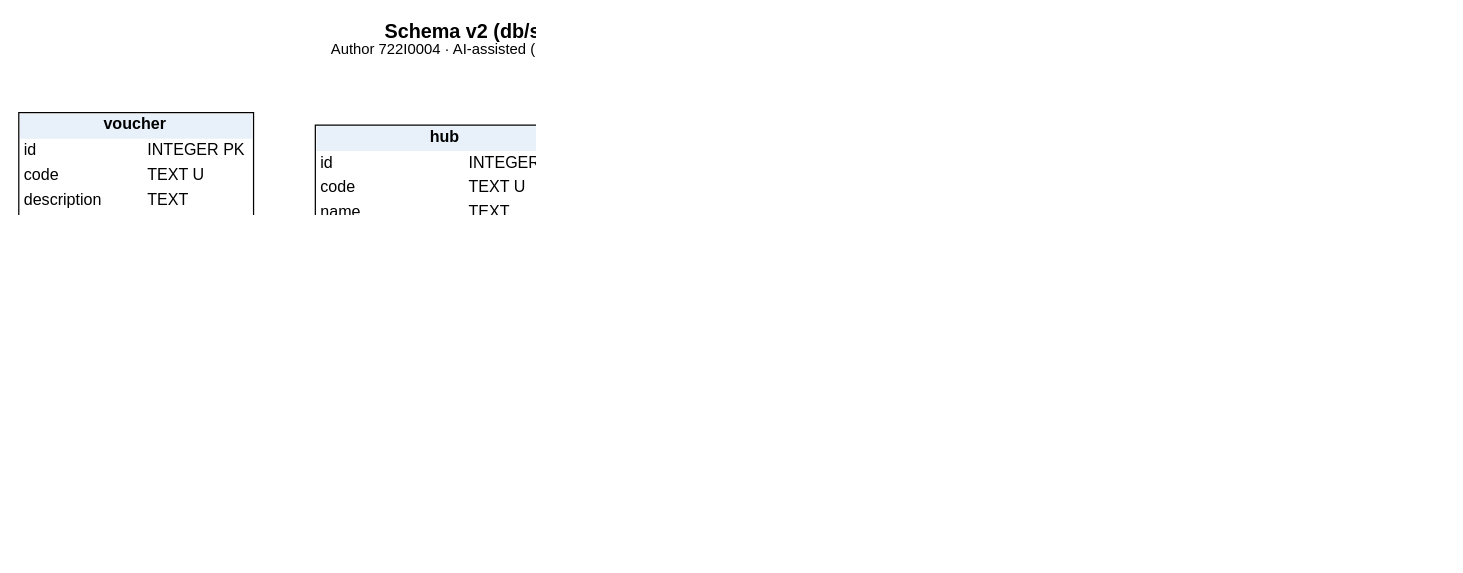
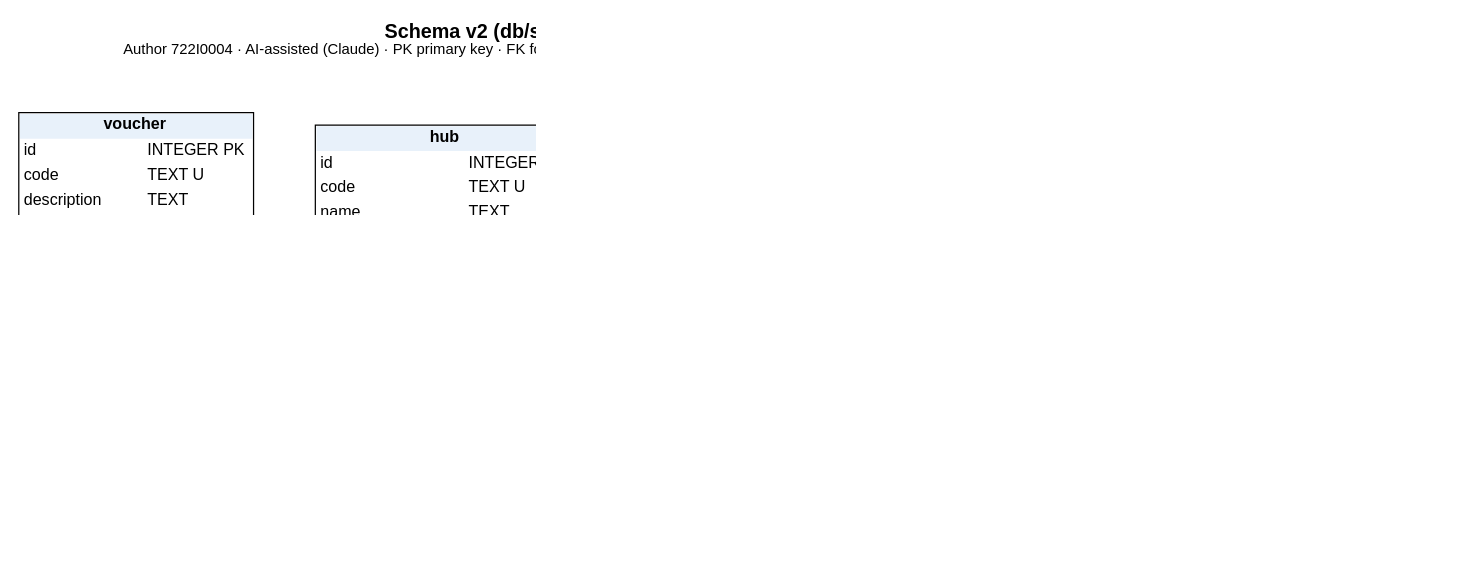
The diagram in models/shared/erd_final_PartA.dot (Dat071104/SaigonBite), drawn with Graphviz before and after one commit. The commit also changed 329 other files, not shown here.

```diff
--- a/models/shared/erd_final_PartA.dot
+++ b/models/shared/erd_final_PartA.dot
@@ -1,20 +1,20 @@
 digraph ERD {
 graph [rankdir=LR, nodesep=0.3, ranksep=0.7, fontname="Arial", fontsize=16, pad=0.2, dpi=200, labelloc="t",
- label=<<B>Schema v2 (db/schema.sql) — part A: People, hubs, catalogue and vouchers</B><BR/><FONT POINT-SIZE="12">Author 722I0004 · AI-assisted (Claude) · PK primary key · FK foreign key · U unique · ? nullable · bar = one, crow's foot = many</FONT>>];
+ label=<<B>Schema v2 (db/schema.sql) — part A: People, hubs, catalogue and vouchers</B><BR/><FONT POINT-SIZE="12">Author 722I0004 · AI-assisted (Claude) · PK primary key · FK foreign key · U unique · ? nullable · relationship ends: || exactly one · |o zero or one · o&lt; zero or many (also written as 1, 0..1, 0..*)</FONT>>];
 node [shape=plain, fontname="Arial", fontsize=13];
 edge [color="#40505F", penwidth=1.2];
 "user_account" [label=<<TABLE BORDER="1" CELLBORDER="0" CELLSPACING="0" CELLPADDING="3" BGCOLOR="white"><TR><TD BGCOLOR="#E8F1FA" COLSPAN="2"><B>user_account</B></TD></TR><TR><TD ALIGN="LEFT" PORT="created_at">created_at</TD><TD ALIGN="LEFT">TEXT </TD></TR><TR><TD ALIGN="LEFT" PORT="id">id</TD><TD ALIGN="LEFT">INTEGER PK</TD></TR><TR><TD ALIGN="LEFT" PORT="username">username</TD><TD ALIGN="LEFT">TEXT U</TD></TR><TR><TD ALIGN="LEFT" PORT="password_hash">password_hash</TD><TD ALIGN="LEFT">TEXT </TD></TR><TR><TD ALIGN="LEFT" PORT="display_name">display_name</TD><TD ALIGN="LEFT">TEXT </TD></TR><TR><TD ALIGN="LEFT" PORT="role">role</TD><TD ALIGN="LEFT">TEXT </TD></TR><TR><TD ALIGN="LEFT" PORT="hub_id">hub_id ?</TD><TD ALIGN="LEFT">INTEGER FK</TD></TR><TR><TD ALIGN="LEFT" PORT="is_active">is_active</TD><TD ALIGN="LEFT">INTEGER </TD></TR></TABLE>>];
 "customer" [label=<<TABLE BORDER="1" CELLBORDER="0" CELLSPACING="0" CELLPADDING="3" BGCOLOR="white"><TR><TD BGCOLOR="#E8F1FA" COLSPAN="2"><B>customer</B></TD></TR><TR><TD ALIGN="LEFT" PORT="id">id</TD><TD ALIGN="LEFT">INTEGER PK</TD></TR><TR><TD ALIGN="LEFT" PORT="user_id">user_id</TD><TD ALIGN="LEFT">INTEGER FK U</TD></TR><TR><TD ALIGN="LEFT" PORT="full_name">full_name</TD><TD ALIGN="LEFT">TEXT </TD></TR><TR><TD ALIGN="LEFT" PORT="customer_type">customer_type</TD><TD ALIGN="LEFT">TEXT </TD></TR><TR><TD ALIGN="LEFT" PORT="phone">phone ?</TD><TD ALIGN="LEFT">TEXT </TD></TR><TR><TD ALIGN="LEFT" PORT="email">email ?</TD><TD ALIGN="LEFT">TEXT </TD></TR><TR><TD ALIGN="LEFT" PORT="passport_no">passport_no ?</TD><TD ALIGN="LEFT">TEXT </TD></TR><TR><TD ALIGN="LEFT" PORT="nationality">nationality ?</TD><TD ALIGN="LEFT">TEXT </TD></TR></TABLE>>];
 "address" [label=<<TABLE BORDER="1" CELLBORDER="0" CELLSPACING="0" CELLPADDING="3" BGCOLOR="white"><TR><TD BGCOLOR="#E8F1FA" COLSPAN="2"><B>address</B></TD></TR><TR><TD ALIGN="LEFT" PORT="id">id</TD><TD ALIGN="LEFT">INTEGER PK</TD></TR><TR><TD ALIGN="LEFT" PORT="customer_id">customer_id</TD><TD ALIGN="LEFT">INTEGER FK</TD></TR><TR><TD ALIGN="LEFT" PORT="label">label</TD><TD ALIGN="LEFT">TEXT </TD></TR><TR><TD ALIGN="LEFT" PORT="full_address">full_address</TD><TD ALIGN="LEFT">TEXT </TD></TR><TR><TD ALIGN="LEFT" PORT="district">district</TD><TD ALIGN="LEFT">TEXT </TD></TR><TR><TD ALIGN="LEFT" PORT="latitude">latitude</TD><TD ALIGN="LEFT">REAL </TD></TR><TR><TD ALIGN="LEFT" PORT="longitude">longitude</TD><TD ALIGN="LEFT">REAL </TD></TR><TR><TD ALIGN="LEFT" PORT="archived_at">archived_at ?</TD><TD ALIGN="LEFT">TEXT </TD></TR></TABLE>>];
 "hub" [label=<<TABLE BORDER="1" CELLBORDER="0" CELLSPACING="0" CELLPADDING="3" BGCOLOR="white"><TR><TD BGCOLOR="#E8F1FA" COLSPAN="2"><B>hub</B></TD></TR><TR><TD ALIGN="LEFT" PORT="id">id</TD><TD ALIGN="LEFT">INTEGER PK</TD></TR><TR><TD ALIGN="LEFT" PORT="code">code</TD><TD ALIGN="LEFT">TEXT U</TD></TR><TR><TD ALIGN="LEFT" PORT="name">name</TD><TD ALIGN="LEFT">TEXT </TD></TR><TR><TD ALIGN="LEFT" PORT="address_text">address_text</TD><TD ALIGN="LEFT">TEXT </TD></TR><TR><TD ALIGN="LEFT" PORT="latitude">latitude</TD><TD ALIGN="LEFT">REAL </TD></TR><TR><TD ALIGN="LEFT" PORT="longitude">longitude</TD><TD ALIGN="LEFT">REAL </TD></TR><TR><TD ALIGN="LEFT" PORT="max_active_orders">max_active_orders</TD><TD ALIGN="LEFT">INTEGER </TD></TR><TR><TD ALIGN="LEFT" PORT="base_delivery_fee">base_delivery_fee</TD><TD ALIGN="LEFT">INTEGER </TD></TR><TR><TD ALIGN="LEFT" PORT="archived_at">archived_at ?</TD><TD ALIGN="LEFT">TEXT </TD></TR></TABLE>>];
 "brand" [label=<<TABLE BORDER="1" CELLBORDER="0" CELLSPACING="0" CELLPADDING="3" BGCOLOR="white"><TR><TD BGCOLOR="#E8F1FA" COLSPAN="2"><B>brand</B></TD></TR><TR><TD ALIGN="LEFT" PORT="id">id</TD><TD ALIGN="LEFT">INTEGER PK</TD></TR><TR><TD ALIGN="LEFT" PORT="name">name</TD><TD ALIGN="LEFT">TEXT U</TD></TR><TR><TD ALIGN="LEFT" PORT="archived_at">archived_at ?</TD><TD ALIGN="LEFT">TEXT </TD></TR></TABLE>>];
 "menu_item" [label=<<TABLE BORDER="1" CELLBORDER="0" CELLSPACING="0" CELLPADDING="3" BGCOLOR="white"><TR><TD BGCOLOR="#E8F1FA" COLSPAN="2"><B>menu_item</B></TD></TR><TR><TD ALIGN="LEFT" PORT="id">id</TD><TD ALIGN="LEFT">INTEGER PK</TD></TR><TR><TD ALIGN="LEFT" PORT="brand_id">brand_id</TD><TD ALIGN="LEFT">INTEGER FK</TD></TR><TR><TD ALIGN="LEFT" PORT="name">name</TD><TD ALIGN="LEFT">TEXT </TD></TR><TR><TD ALIGN="LEFT" PORT="description">description</TD><TD ALIGN="LEFT">TEXT </TD></TR><TR><TD ALIGN="LEFT" PORT="price">price</TD><TD ALIGN="LEFT">INTEGER </TD></TR><TR><TD ALIGN="LEFT" PORT="archived_at">archived_at ?</TD><TD ALIGN="LEFT">TEXT </TD></TR></TABLE>>];
 "hub_menu_item" [label=<<TABLE BORDER="1" CELLBORDER="0" CELLSPACING="0" CELLPADDING="3" BGCOLOR="white"><TR><TD BGCOLOR="#E8F1FA" COLSPAN="2"><B>hub_menu_item</B></TD></TR><TR><TD ALIGN="LEFT" PORT="hub_id">hub_id</TD><TD ALIGN="LEFT">INTEGER PK FK</TD></TR><TR><TD ALIGN="LEFT" PORT="menu_item_id">menu_item_id</TD><TD ALIGN="LEFT">INTEGER PK FK</TD></TR><TR><TD ALIGN="LEFT" PORT="is_available">is_available</TD><TD ALIGN="LEFT">INTEGER </TD></TR></TABLE>>];
 "voucher" [label=<<TABLE BORDER="1" CELLBORDER="0" CELLSPACING="0" CELLPADDING="3" BGCOLOR="white"><TR><TD BGCOLOR="#E8F1FA" COLSPAN="2"><B>voucher</B></TD></TR><TR><TD ALIGN="LEFT" PORT="id">id</TD><TD ALIGN="LEFT">INTEGER PK</TD></TR><TR><TD ALIGN="LEFT" PORT="code">code</TD><TD ALIGN="LEFT">TEXT U</TD></TR><TR><TD ALIGN="LEFT" PORT="description">description</TD><TD ALIGN="LEFT">TEXT </TD></TR><TR><TD ALIGN="LEFT" PORT="discount_type">discount_type</TD><TD ALIGN="LEFT">TEXT </TD></TR><TR><TD ALIGN="LEFT" PORT="discount_value">discount_value</TD><TD ALIGN="LEFT">INTEGER </TD></TR><TR><TD ALIGN="LEFT" PORT="min_subtotal">min_subtotal</TD><TD ALIGN="LEFT">INTEGER </TD></TR><TR><TD ALIGN="LEFT" PORT="max_discount">max_discount ?</TD><TD ALIGN="LEFT">INTEGER </TD></TR><TR><TD ALIGN="LEFT" PORT="valid_from">valid_from</TD><TD ALIGN="LEFT">TEXT </TD></TR><TR><TD ALIGN="LEFT" PORT="valid_until">valid_until</TD><TD ALIGN="LEFT">TEXT </TD></TR><TR><TD ALIGN="LEFT" PORT="archived_at">archived_at ?</TD><TD ALIGN="LEFT">TEXT </TD></TR></TABLE>>];
-"hub" -> "user_account":"hub_id" [arrowhead=crow, arrowtail=tee, dir=both];
-"user_account" -> "customer":"user_id" [arrowhead=tee, arrowtail=tee, dir=both];
-"customer" -> "address":"customer_id" [arrowhead=crow, arrowtail=tee, dir=both];
-"brand" -> "menu_item":"brand_id" [arrowhead=crow, arrowtail=tee, dir=both];
-"menu_item" -> "hub_menu_item":"menu_item_id" [arrowhead=crow, arrowtail=tee, dir=both];
-"hub" -> "hub_menu_item":"hub_id" [arrowhead=crow, arrowtail=tee, dir=both];
+"hub" -> "user_account":"hub_id" [arrowhead=crowodot, arrowtail=teeodot, dir=both, headlabel="0..*", taillabel="0..1", labelfontsize=11, labelfontname=Arial, labeldistance=2.2];
+"user_account" -> "customer":"user_id" [arrowhead=teeodot, arrowtail=teetee, dir=both, headlabel="0..1", taillabel="1", labelfontsize=11, labelfontname=Arial, labeldistance=2.2];
+"customer" -> "address":"customer_id" [arrowhead=crowodot, arrowtail=teetee, dir=both, headlabel="0..*", taillabel="1", labelfontsize=11, labelfontname=Arial, labeldistance=2.2];
+"brand" -> "menu_item":"brand_id" [arrowhead=crowodot, arrowtail=teetee, dir=both, headlabel="0..*", taillabel="1", labelfontsize=11, labelfontname=Arial, labeldistance=2.2];
+"menu_item" -> "hub_menu_item":"menu_item_id" [arrowhead=crowodot, arrowtail=teetee, dir=both, headlabel="0..*", taillabel="1", labelfontsize=11, labelfontname=Arial, labeldistance=2.2];
+"hub" -> "hub_menu_item":"hub_id" [arrowhead=crowodot, arrowtail=teetee, dir=both, headlabel="0..*", taillabel="1", labelfontsize=11, labelfontname=Arial, labeldistance=2.2];
 }
```
